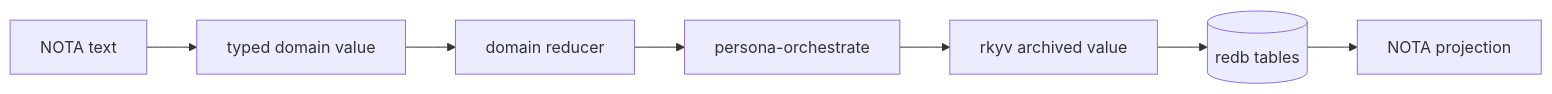
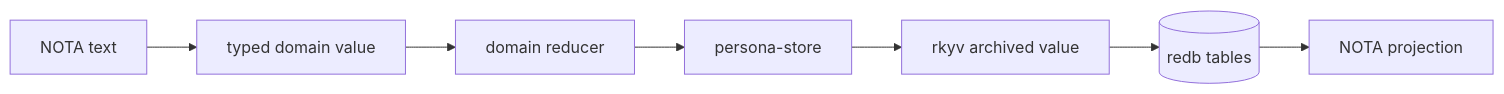
One commit to LiGoldragon/primary changed the third of 16 diagrams in reports/operator/9-persona-message-router-architecture.md. Above: the diagram before and after it, drawn with Mermaid. The commit also changed other lines of this file and 1 other file, not shown here.

Commit message:
address Persona router architecture audit

````diff
--- a/reports/operator/9-persona-message-router-architecture.md
+++ b/reports/operator/9-persona-message-router-architecture.md
@@ -113,17 +119,17 @@
 ```mermaid
 flowchart LR
     nota["NOTA text"]
     typed["typed domain value"]
     reducer["domain reducer"]
-    orchestrate["persona-orchestrate"]
+    pstore["persona-store"]
     archive["rkyv archived value"]
     redb[("redb tables")]
     projection["NOTA projection"]
 
     nota --> typed
     typed --> reducer
-    reducer --> orchestrate
-    orchestrate --> archive
+    reducer --> pstore
+    pstore --> archive
     archive --> redb
     redb --> projection
 ```
````
